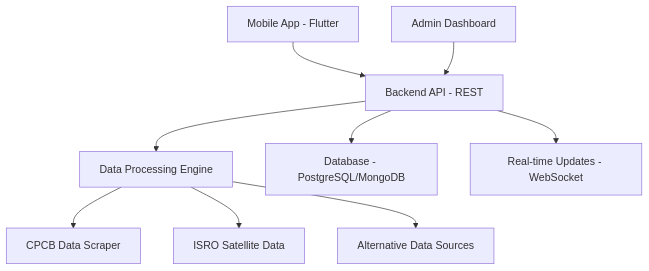
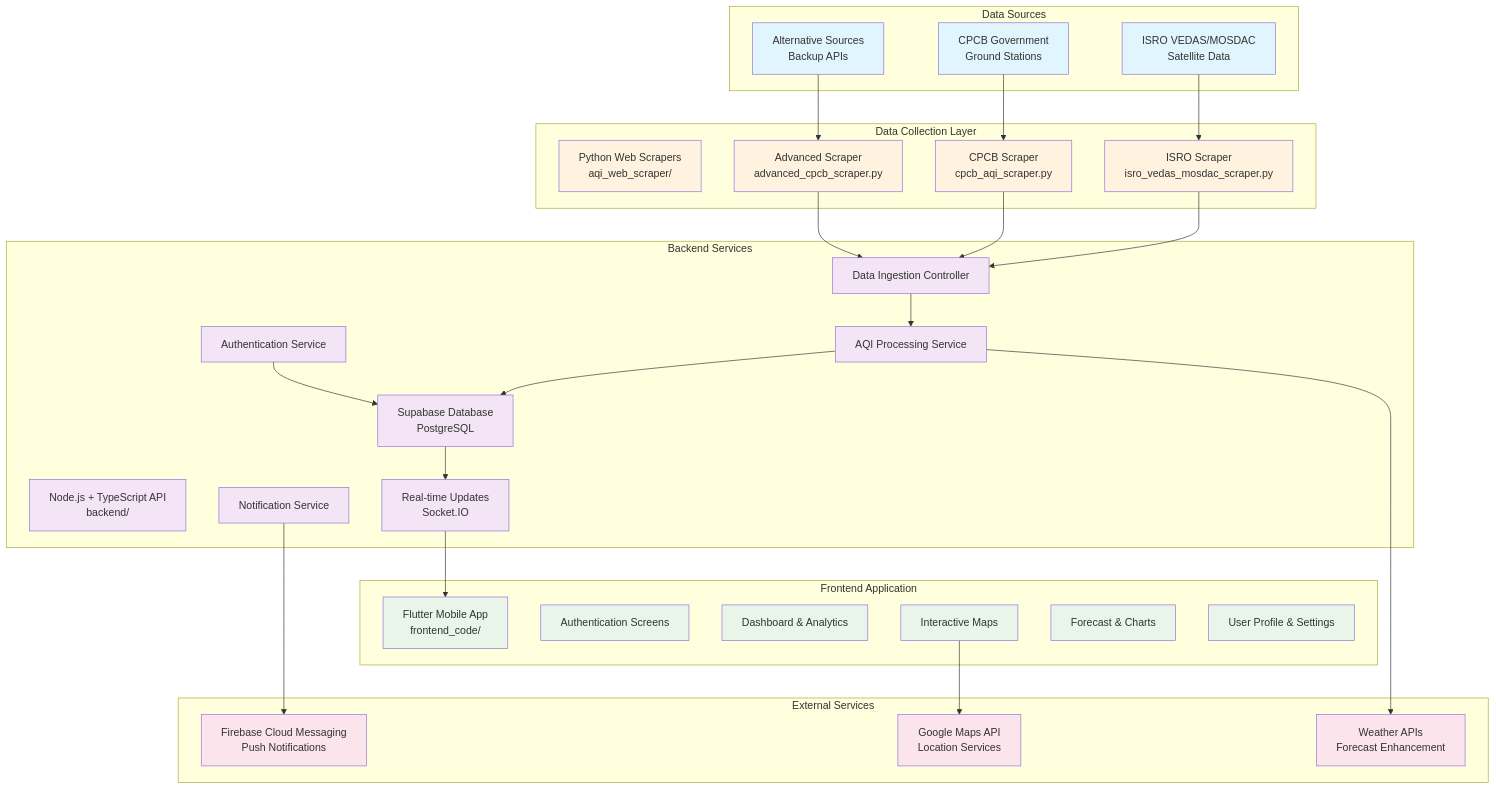
One commit to Gurjas2112/Vayu_Drishti-Real-Time-Air-Quality-Visualizer-App changed the first of 5 diagrams in README.md. Above: the diagram before and after it, drawn with Mermaid. The commit also changed other lines of this file and 65 other files, not shown here.

````diff
--- a/README.md
+++ b/README.md
@@ -214,11 +60,67 @@
 ```mermaid
 graph TB
-    A[Mobile App - Flutter] --> B[Backend API - REST]
-    B --> C[Data Processing Engine]
-    C --> D[CPCB Data Scraper]
-    C --> E[ISRO Satellite Data]
-    C --> F[Alternative Data Sources]
-    B --> G[Database - PostgreSQL/MongoDB]
-    B --> H[Real-time Updates - WebSocket]
-    I[Admin Dashboard] --> B
+    subgraph "Data Sources"
+        A[ISRO VEDAS/MOSDAC<br/>Satellite Data]
+        B[CPCB Government<br/>Ground Stations]
+        C[Alternative Sources<br/>Backup APIs]
+    end
+    
+    subgraph "Data Collection Layer"
+        D[Python Web Scrapers<br/>aqi_web_scraper/]
+        D1[ISRO Scraper<br/>isro_vedas_mosdac_scraper.py]
+        D2[CPCB Scraper<br/>cpcb_aqi_scraper.py]
+        D3[Advanced Scraper<br/>advanced_cpcb_scraper.py]
+    end
+    
+    subgraph "Backend Services"
+        E[Node.js + TypeScript API<br/>backend/]
+        E1[Data Ingestion Controller]
+        E2[AQI Processing Service]
+        E3[Authentication Service]
+        E4[Notification Service]
+        F[Supabase Database<br/>PostgreSQL]
+        G[Real-time Updates<br/>Socket.IO]
+    end
+    
+    subgraph "Frontend Application"
+        H[Flutter Mobile App<br/>frontend_code/]
+        H1[Authentication Screens]
+        H2[Dashboard & Analytics]
+        H3[Interactive Maps]
+        H4[Forecast & Charts]
+        H5[User Profile & Settings]
+    end
+    
+    subgraph "External Services"
+        I[Firebase Cloud Messaging<br/>Push Notifications]
+        J[Google Maps API<br/>Location Services]
+        K[Weather APIs<br/>Forecast Enhancement]
+    end
+    
+    A --> D1
+    B --> D2
+    C --> D3
+    D1 --> E1
+    D2 --> E1
+    D3 --> E1
+    E1 --> E2
+    E2 --> F
+    E3 --> F
+    F --> G
+    G --> H
+    E4 --> I
+    H3 --> J
+    E2 --> K
+    
+    classDef dataSource fill:#e1f5fe
+    classDef collection fill:#fff3e0
+    classDef backend fill:#f3e5f5
+    classDef frontend fill:#e8f5e8
+    classDef external fill:#fce4ec
+    
+    class A,B,C dataSource
+    class D,D1,D2,D3 collection
+    class E,E1,E2,E3,E4,F,G backend
+    class H,H1,H2,H3,H4,H5 frontend
+    class I,J,K external
 ```
````
